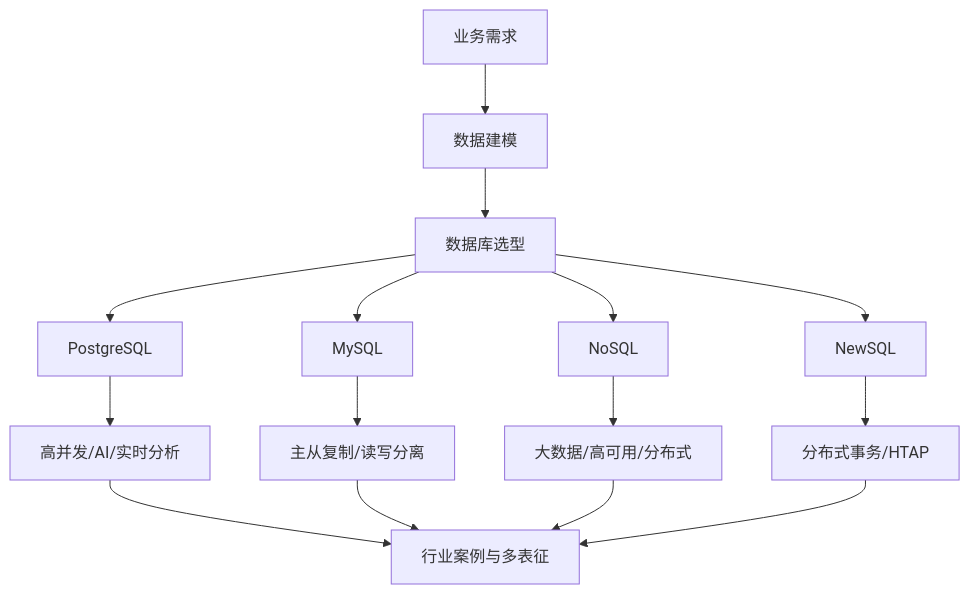
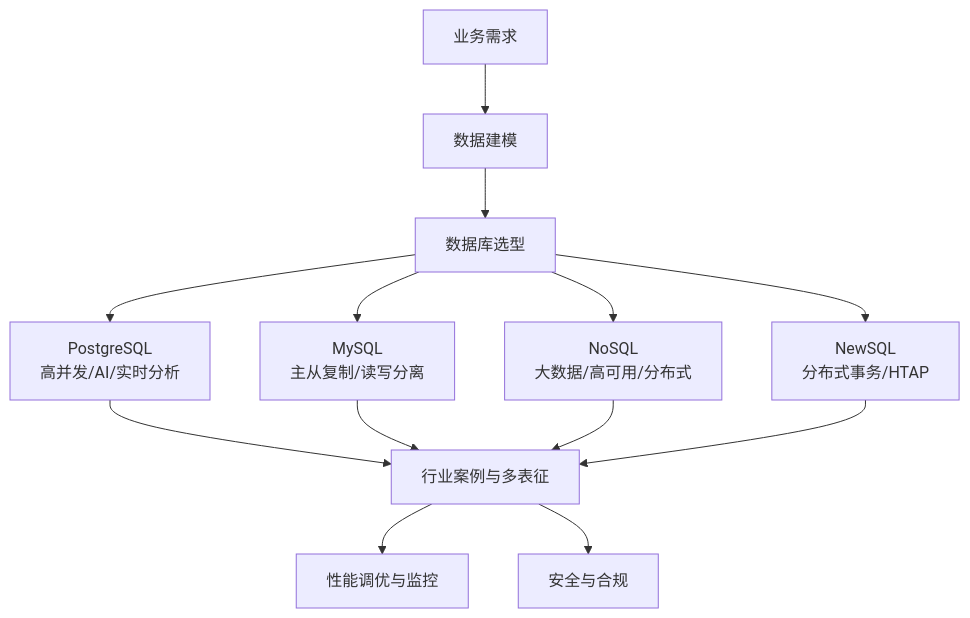
The diagram in Analysis/1-数据库系统/README.md (AdaMartin18010/Data-Science), drawn with Mermaid before and after one commit. The commit also changed other lines of this file and 20 other files, not shown here.

````diff
--- a/Analysis/1-数据库系统/README.md
+++ b/Analysis/1-数据库系统/README.md
@@ -27,14 +27,12 @@
 ```mermaid
 flowchart TD
   A[业务需求] --> B[数据建模]
   B --> C[数据库选型]
-  C --> D1[PostgreSQL]
-  C --> D2[MySQL]
-  C --> D3[NoSQL]
-  C --> D4[NewSQL]
-  D1 --> E1[高并发/AI/实时分析]
-  D2 --> E2[主从复制/读写分离]
-  D3 --> E3[大数据/高可用/分布式]
-  D4 --> E4[分布式事务/HTAP]
-  E1 & E2 & E3 & E4 --> F[行业案例与多表征]
+  C --> D1[PostgreSQL<br/>高并发/AI/实时分析]
+  C --> D2[MySQL<br/>主从复制/读写分离]
+  C --> D3[NoSQL<br/>大数据/高可用/分布式]
+  C --> D4[NewSQL<br/>分布式事务/HTAP]
+  D1 & D2 & D3 & D4 --> E[行业案例与多表征]
+  E --> F[性能调优与监控]
+  E --> G[安全与合规]
 ```
````
